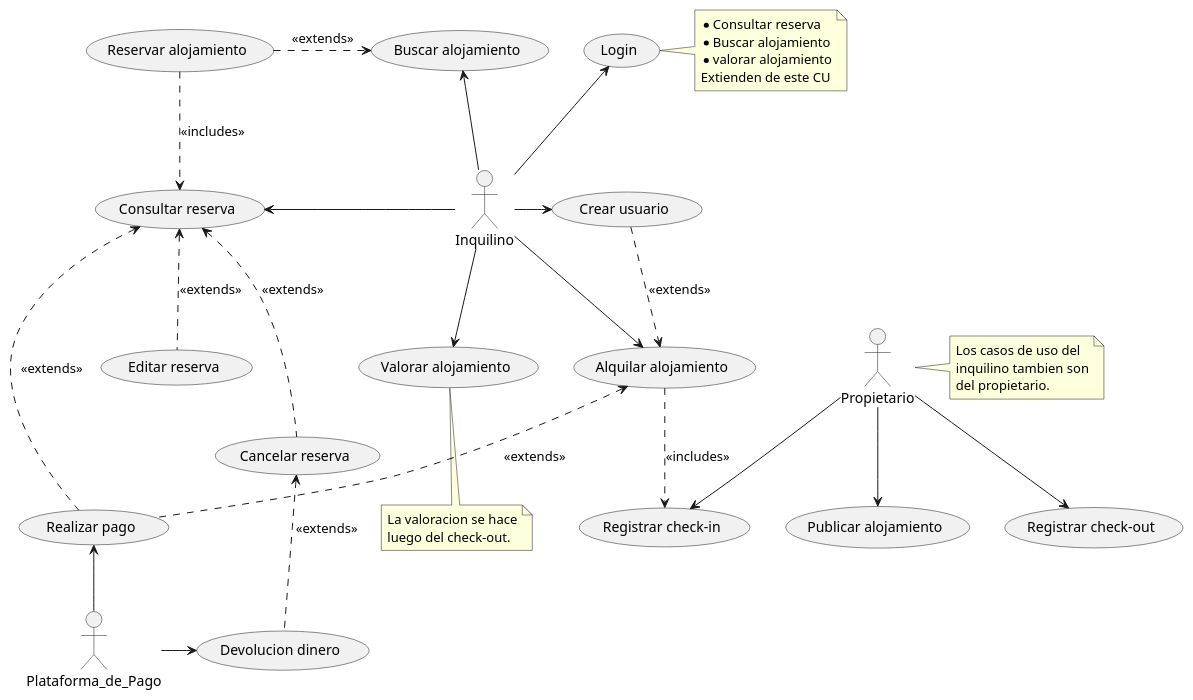
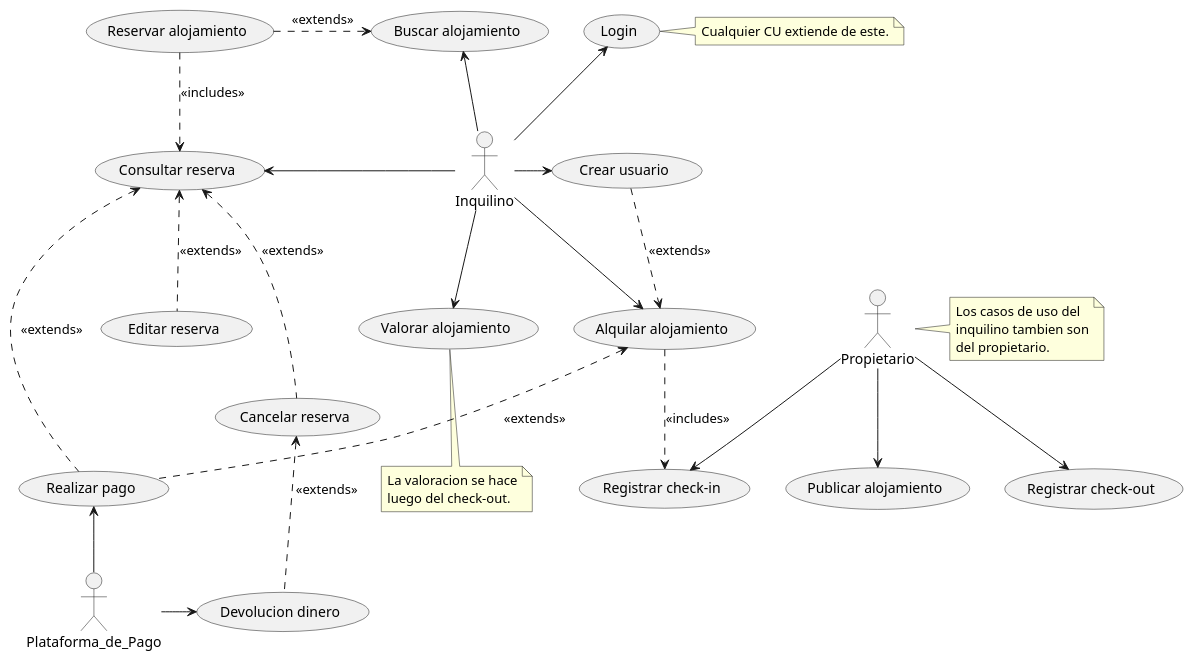
Before and after one commit to franciscolmos/IS1-EasyHome: the diagram in Diagrama_CU/Diagrama_CU.puml, drawn with PlantUML. The commit also changed 15 other files, not shown here.

Commit message:
[ADDED] varios diagramas nuevos e imagendes de los mismos

```diff
--- a/Diagrama_CU/Diagrama_CU.puml
+++ b/Diagrama_CU/Diagrama_CU.puml
@@ -1,62 +1,59 @@
 @startuml Diagrama_CU
 actor Inquilino
 Inquilino -right-> (Crear usuario)
 Inquilino -left-> (Consultar reserva)
 Inquilino --> (Valorar alojamiento)
 Inquilino -up-> (Buscar alojamiento)
 Inquilino --> (Alquilar alojamiento)
 Inquilino -up-> (Login)
 
 (Consultar reserva) <.down. (Cancelar reserva) : <<extends>>
 (Cancelar reserva) <.down. (Devolucion dinero) : <<extends>>
 (Reservar alojamiento) .right.> (Buscar alojamiento) : <<extends>>
 (Realizar pago) .up.> (Alquilar alojamiento) : <<extends>>
 (Alquilar alojamiento) ..> (Registrar check-in) : <<includes>>
 (Alquilar alojamiento) <.up. (Crear usuario) : <<extends>>
 (Consultar reserva) <.. (Realizar pago) : <<extends>>
 (Reservar alojamiento) ..>  (Consultar reserva) : <<includes>>
 (Consultar reserva) <.. (Editar reserva) : <<extends>>
  
 
 actor Propietario
 Propietario --> (Registrar check-in)
 Propietario --> (Publicar alojamiento)
 Propietario --> (Registrar check-out)
 
 
 actor Plataforma_de_Pago
 Plataforma_de_Pago -up-> (Realizar pago)
 Plataforma_de_Pago -right-> (Devolucion dinero)
 
 note right of (Propietario)
   Los casos de uso del
   inquilino tambien son
   del propietario. 
 end note
 
 note bottom of (Valorar alojamiento)
   La valoracion se hace
   luego del check-out.
 end note
 
 note right of (Login)
-  * Consultar reserva
-  * Buscar alojamiento
-  * valorar alojamiento
-  Extienden de este CU
+  Cualquier CU extiende de este.
 end note
 
 
 
 /'
     CONSULTAS:
     * ¿Como diagramamos los pagos parciales?
     * Propietario --> (Pago efectivo)
     * No se deberia poder realizar un pago
       sin antes alquilar un alojamiento
       (¿esto es a nivel D_CU o DC ?)
     * ¿ Devolucion dinero es CU ?
     * Devolucion dinero es CU como se relaciona
       con la Plataforma_de_Pago
 '/
 @enduml
```
